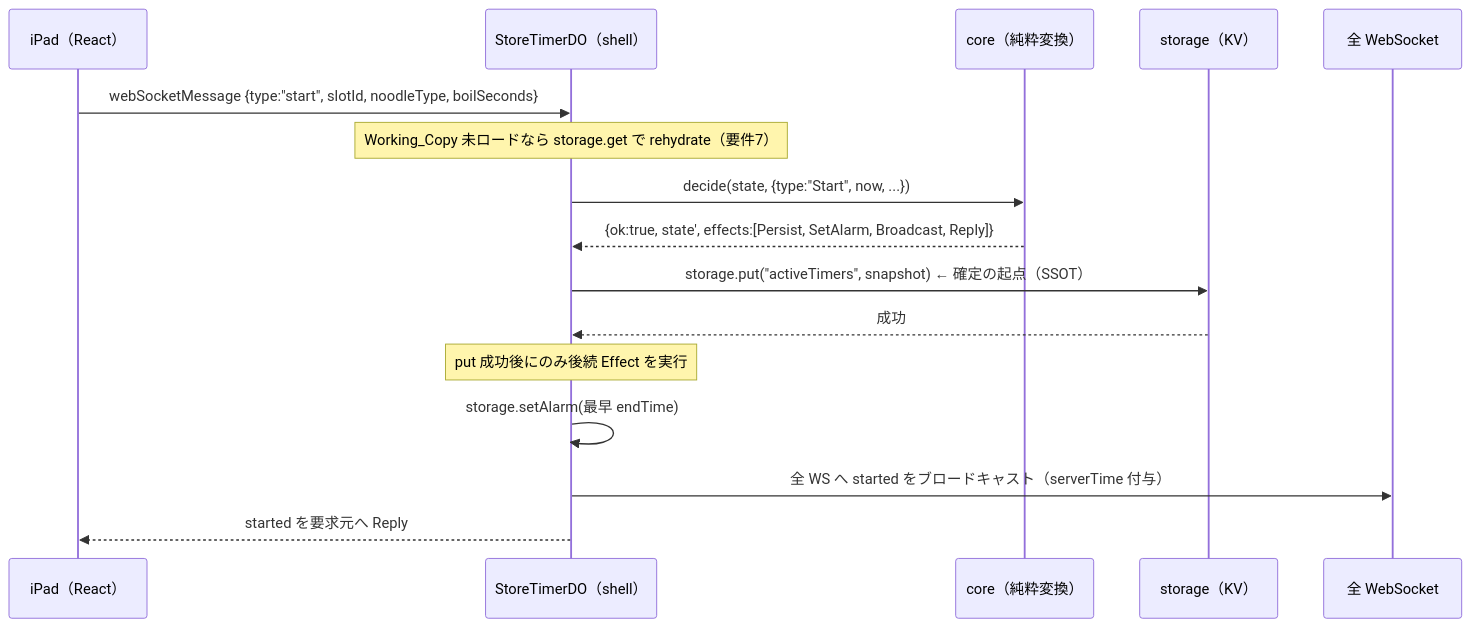
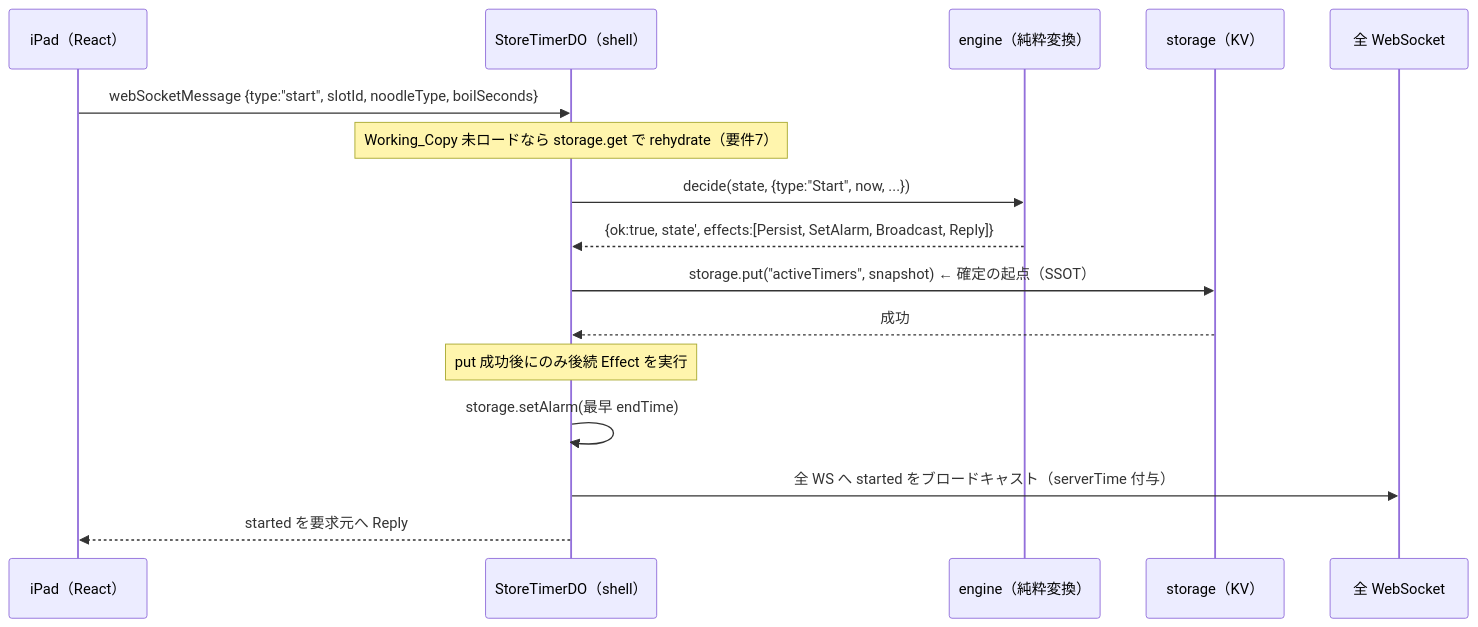
The second of 3 diagrams in .kiro/specs/yude-men-timer/design.md (mikomokaru/durable-yudemen), drawn with Mermaid before and after one commit. The commit also changed other lines of this file and 57 other files, not shown here.

````diff
--- a/.kiro/specs/yude-men-timer/design.md
+++ b/.kiro/specs/yude-men-timer/design.md
@@ -78,19 +78,19 @@
 ```mermaid
 sequenceDiagram
   participant C as iPad（React）
   participant SH as StoreTimerDO（shell）
-  participant CORE as core（純粋変換）
+  participant ENGINE as engine（純粋変換）
   participant ST as storage（KV）
   participant WS as 全 WebSocket
 
   C->>SH: webSocketMessage {type:"start", slotId, noodleType, boilSeconds}
   Note over SH: Working_Copy 未ロードなら storage.get で rehydrate（要件7）
-  SH->>CORE: decide(state, {type:"Start", now, ...})
-  CORE-->>SH: {ok:true, state', effects:[Persist, SetAlarm, Broadcast, Reply]}
+  SH->>ENGINE: decide(state, {type:"Start", now, ...})
+  ENGINE-->>SH: {ok:true, state', effects:[Persist, SetAlarm, Broadcast, Reply]}
   SH->>ST: storage.put("activeTimers", snapshot)  ← 確定の起点（SSOT）
   ST-->>SH: 成功
   Note over SH: put 成功後にのみ後続 Effect を実行
   SH->>SH: storage.setAlarm(最早 endTime)
   SH->>WS: 全 WS へ started をブロードキャスト（serverTime 付与）
   SH-->>C: started を要求元へ Reply
 ```
````
